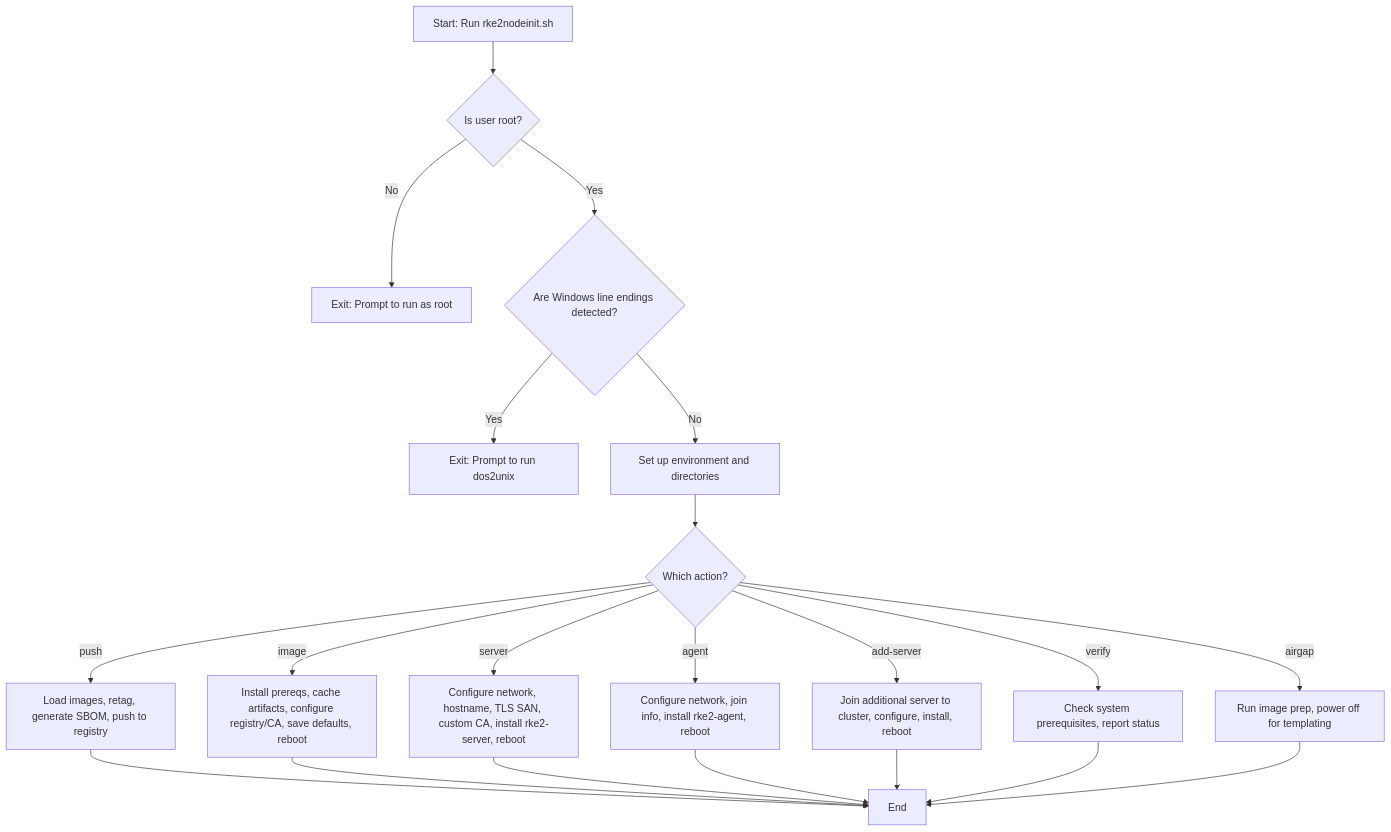
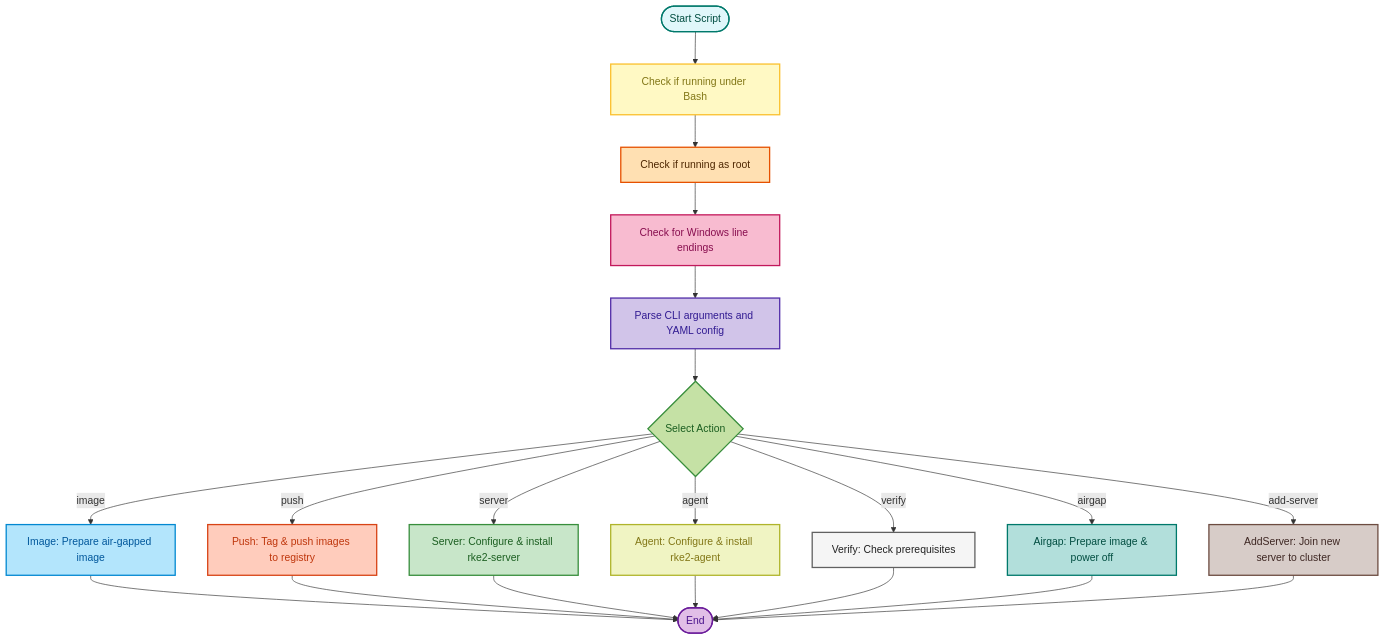
The diagram in README.md (cantrellr/rke2-node-init), drawn with Mermaid before and after one commit.

Commit message:
Update mermaid flowchart for rke2nodeinit.sh
Enhanced the flowchart in README.md to include more detailed steps, improved styling, and updated clickable links for better visualization and navigation of the rke2nodeinit.sh script workflow.

````diff
--- a/README.md
+++ b/README.md
@@ -70,33 +70,69 @@
 ```mermaid
 flowchart TD
-    A[Start: Run rke2nodeinit.sh] --> B{Is user root?}
-    B -- No --> C[Exit: Prompt to run as root]
-    click C call linkCallback("d:/repositories/cocloud/rke2-node-init/rke2nodeinit.sh#L11")
-    B -- Yes --> D{Are Windows line endings detected?}
-    D -- Yes --> E[Exit: Prompt to run dos2unix]
-    click E call linkCallback("d:/repositories/cocloud/rke2-node-init/rke2nodeinit.sh#L17")
-    D -- No --> F[Set up environment and directories]
-    click F call linkCallback("d:/repositories/cocloud/rke2-node-init/rke2nodeinit.sh#L61")
-    F --> G{Which action?}
-    G -- push --> H[Load images, retag, generate SBOM, push to registry]
-    click H call linkCallback("d:/repositories/cocloud/rke2-node-init/rke2nodeinit.sh#L1092")
-    G -- image --> I[Install prereqs, cache artifacts, configure registry/CA, save defaults, reboot]
-    click I call linkCallback("d:/repositories/cocloud/rke2-node-init/rke2nodeinit.sh#L1162")
-    G -- server --> J[Configure network, hostname, TLS SAN, custom CA, install rke2-server, reboot]
-    click J call linkCallback("d:/repositories/cocloud/rke2-node-init/rke2nodeinit.sh#L1302")
-    G -- agent --> K[Configure network, join info, install rke2-agent, reboot]
-    click K call linkCallback("d:/repositories/cocloud/rke2-node-init/rke2nodeinit.sh#L1437")
-    G -- add-server --> L[Join additional server to cluster, configure, install, reboot]
-    click L call linkCallback("d:/repositories/cocloud/rke2-node-init/rke2nodeinit.sh#L1557")
-    G -- verify --> M[Check system prerequisites, report status]
-    click M call linkCallback("d:/repositories/cocloud/rke2-node-init/rke2nodeinit.sh#L1672")
-    G -- airgap --> N[Run image prep, power off for templating]
-    click N call linkCallback("d:/repositories/cocloud/rke2-node-init/rke2nodeinit.sh#L1692")
-    H --> O[End]
-    I --> O
-    J --> O
-    K --> O
-    L --> O
-    M --> O
-    N --> O
+    style Start fill:#e0f7fa,stroke:#00796b,stroke-width:2px,color:#004d40
+    style CheckBash fill:#fff9c4,stroke:#fbc02d,stroke-width:2px,color:#827717
+    style CheckRoot fill:#ffe0b2,stroke:#e65100,stroke-width:2px,color:#4e2600
+    style CheckCRLF fill:#f8bbd0,stroke:#c2185b,stroke-width:2px,color:#880e4f
+    style ParseArgs fill:#d1c4e9,stroke:#512da8,stroke-width:2px,color:#311b92
+    style SelectAction fill:#c5e1a5,stroke:#388e3c,stroke-width:2px,color:#1b5e20
+    style ActionImage fill:#b3e5fc,stroke:#0288d1,stroke-width:2px,color:#01579b
+    style ActionPush fill:#ffccbc,stroke:#d84315,stroke-width:2px,color:#bf360c
+    style ActionServer fill:#c8e6c9,stroke:#388e3c,stroke-width:2px,color:#1b5e20
+    style ActionAgent fill:#f0f4c3,stroke:#afb42b,stroke-width:2px,color:#827717
+    style ActionVerify fill:#f5f5f5,stroke:#616161,stroke-width:2px,color:#212121
+    style ActionAirgap fill:#b2dfdb,stroke:#00796b,stroke-width:2px,color:#004d40
+    style ActionAddServer fill:#d7ccc8,stroke:#6d4c41,stroke-width:2px,color:#3e2723
+    style End fill:#e1bee7,stroke:#6a1b9a,stroke-width:2px,color:#4a148c
+
+    Start(["Start Script"])
+    CheckBash["Check if running under Bash"]
+    CheckRoot["Check if running as root"]
+    CheckCRLF["Check for Windows line endings"]
+    ParseArgs["Parse CLI arguments and YAML config"]
+    SelectAction{"Select Action"}
+    ActionImage["Image: Prepare air-gapped image"]
+    ActionPush["Push: Tag & push images to registry"]
+    ActionServer["Server: Configure & install rke2-server"]
+    ActionAgent["Agent: Configure & install rke2-agent"]
+    ActionVerify["Verify: Check prerequisites"]
+    ActionAirgap["Airgap: Prepare image & power off"]
+    ActionAddServer["AddServer: Join new server to cluster"]
+    End(["End"])
+
+    Start --> CheckBash
+    CheckBash --> CheckRoot
+    CheckRoot --> CheckCRLF
+    CheckCRLF --> ParseArgs
+    ParseArgs --> SelectAction
+
+    SelectAction -->|image| ActionImage
+    SelectAction -->|push| ActionPush
+    SelectAction -->|server| ActionServer
+    SelectAction -->|agent| ActionAgent
+    SelectAction -->|verify| ActionVerify
+    SelectAction -->|airgap| ActionAirgap
+    SelectAction -->|add-server| ActionAddServer
+
+    ActionImage --> End
+    ActionPush --> End
+    ActionServer --> End
+    ActionAgent --> End
+    ActionVerify --> End
+    ActionAirgap --> End
+    ActionAddServer --> End
+
+    click Start call linkCallback("d:/repositories/cocloud/rke2-node-init/rke2nodeinit.sh#L1")
+    click CheckBash call linkCallback("d:/repositories/cocloud/rke2-node-init/rke2nodeinit.sh#L4")
+    click CheckRoot call linkCallback("d:/repositories/cocloud/rke2-node-init/rke2nodeinit.sh#L9")
+    click CheckCRLF call linkCallback("d:/repositories/cocloud/rke2-node-init/rke2nodeinit.sh#L15")
+    click ParseArgs call linkCallback("d:/repositories/cocloud/rke2-node-init/rke2nodeinit.sh#L1012")
+    click SelectAction call linkCallback("d:/repositories/cocloud/rke2-node-init/rke2nodeinit.sh#L1092")
+    click ActionImage call linkCallback("d:/repositories/cocloud/rke2-node-init/rke2nodeinit.sh#L664")
+    click ActionPush call linkCallback("d:/repositories/cocloud/rke2-node-init/rke2nodeinit.sh#L563")
+    click ActionServer call linkCallback("d:/repositories/cocloud/rke2-node-init/rke2nodeinit.sh#L828")
+    click ActionAgent call linkCallback("d:/repositories/cocloud/rke2-node-init/rke2nodeinit.sh#L944")
+    click ActionVerify call linkCallback("d:/repositories/cocloud/rke2-node-init/rke2nodeinit.sh#L1102")
+    click ActionAirgap call linkCallback("d:/repositories/cocloud/rke2-node-init/rke2nodeinit.sh#L1121")
+    click ActionAddServer call linkCallback("d:/repositories/cocloud/rke2-node-init/rke2nodeinit.sh#L1057")
+    click End call linkCallback("d:/repositories/cocloud/rke2-node-init/rke2nodeinit.sh")
 ```
````
